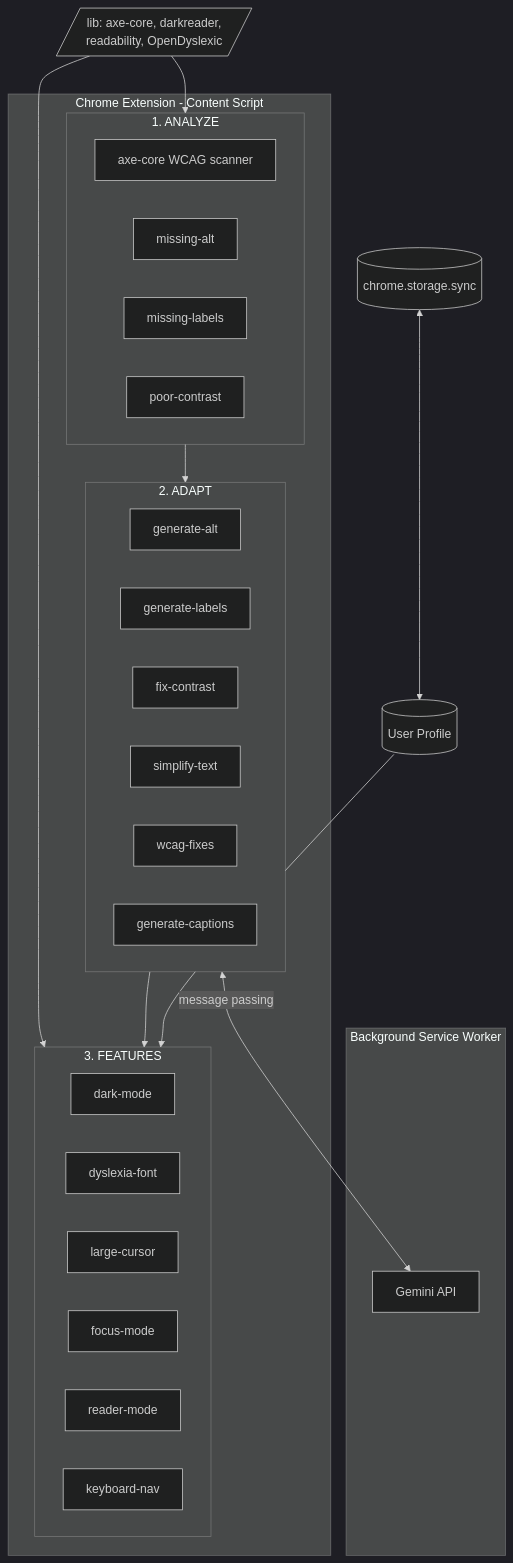
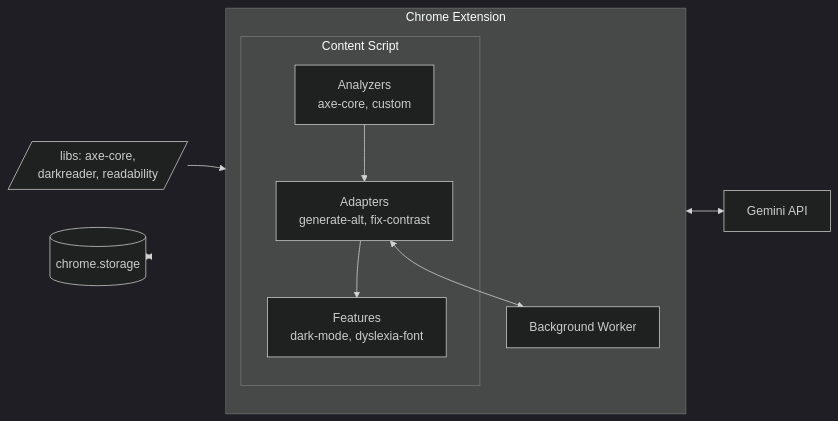
Before and after one commit to AI-for-Accessibility-Collective/AI-for-Accessibility-Toolkit: the second of 2 diagrams in docs/architecture.md, drawn with Mermaid (dark theme). The commit also changed other lines of this file and 1 other file, not shown here.

Commit message:
Update architecture diagrams to show full collective vision

````diff
--- a/docs/architecture.md
+++ b/docs/architecture.md
@@ -21,45 +68,21 @@
 ```mermaid
-flowchart TB
-    subgraph Extension[Chrome Extension - Content Script]
-        subgraph Analyze[1. ANALYZE]
-            AXE[axe-core WCAG scanner]
-            AN1[missing-alt]
-            AN2[missing-labels]
-            AN3[poor-contrast]
+flowchart LR
+    subgraph Extension[Chrome Extension]
+        direction TB
+        subgraph Content[Content Script]
+            Analyzers[Analyzers<br/>axe-core, custom]
+            Adapters[Adapters<br/>generate-alt, fix-contrast]
+            Features[Features<br/>dark-mode, dyslexia-font]
         end
-        
-        subgraph Adapt[2. ADAPT]
-            AD1[generate-alt]
-            AD2[generate-labels]
-            AD3[fix-contrast]
-            AD4[simplify-text]
-            AD5[wcag-fixes]
-            AD6[generate-captions]
-        end
-        
-        subgraph Features[3. FEATURES]
-            F1[dark-mode]
-            F2[dyslexia-font]
-            F3[large-cursor]
-            F4[focus-mode]
-            F5[reader-mode]
-            F6[keyboard-nav]
-        end
+        BG[Background Worker]
     end
     
-    subgraph Background[Background Service Worker]
-        API[Gemini API]
-    end
+    Storage[(chrome.storage)]
+    Gemini[Gemini API]
+    Libs[/libs: axe-core,<br/>darkreader, readability/]
     
-    Storage[(chrome.storage.sync)]
-    Profile[(User Profile)]
-    Libs[/lib: axe-core, darkreader,<br/>readability, OpenDyslexic/]
-    
-    Libs --> Analyze
-    Libs --> Features
-    Analyze --> Adapt
-    Adapt --> Features
-    Profile --> Features
-    Storage <--> Profile
-    Adapt <-->|message passing| API
+    Libs --> Analyzers
+    Analyzers --> Adapters --> Features
+    Storage <--> Content
+    Adapters <--> BG <--> Gemini
 ```
````
